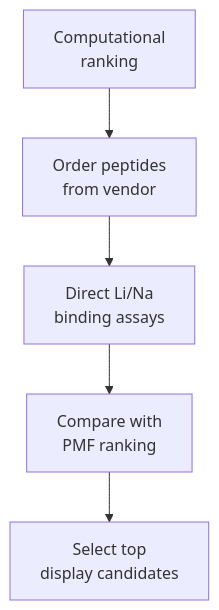
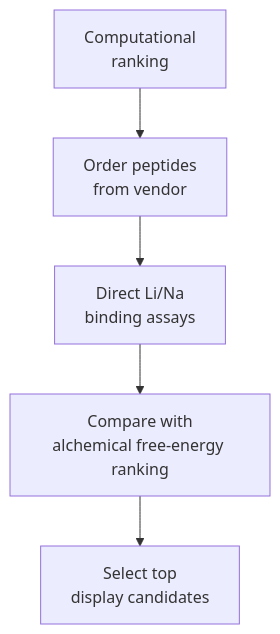
Before and after one commit to jackyissocute/LiSPER: the diagram in 02_experimental_validation/track_A_purified_peptide/planning/README.md, drawn with Mermaid. The commit also changed 689 other files, not shown here.

Commit message:
Reset invalid sampling artifacts and define free-energy workflow

````diff
--- a/02_experimental_validation/track_A_purified_peptide/planning/README.md
+++ b/02_experimental_validation/track_A_purified_peptide/planning/README.md
@@ -11,16 +11,16 @@
 ```mermaid
 flowchart TD
     accTitle: Ordered Peptide Validation
-    accDescr: Track A orders synthetic peptides, measures Li and Na binding, compares with PMF ranking, and selects Track B candidates.
+    accDescr: Track A orders synthetic peptides, measures Li and Na binding, compares with alchemical free-energy ranking, and selects Track B candidates.
 
     computational["Computational<br/>ranking"]
     order["Order peptides<br/>from vendor"]
     assay["Direct Li/Na<br/>binding assays"]
-    compare["Compare with<br/>PMF ranking"]
+    compare["Compare with<br/>alchemical free-energy ranking"]
     select["Select top<br/>display candidates"]
 
     computational --> order
     order --> assay
     assay --> compare
     compare --> select
 ```
````
